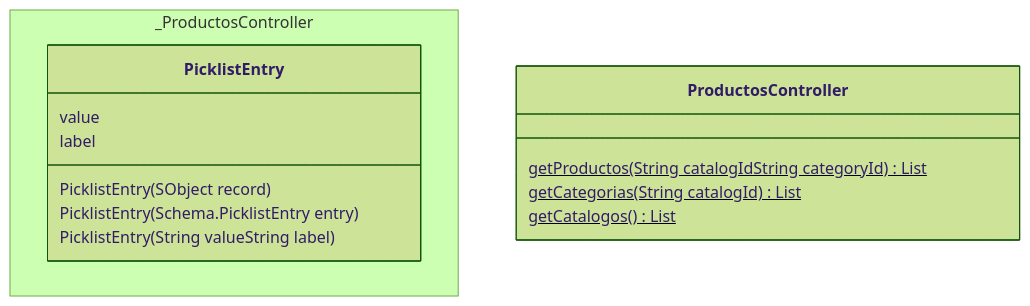
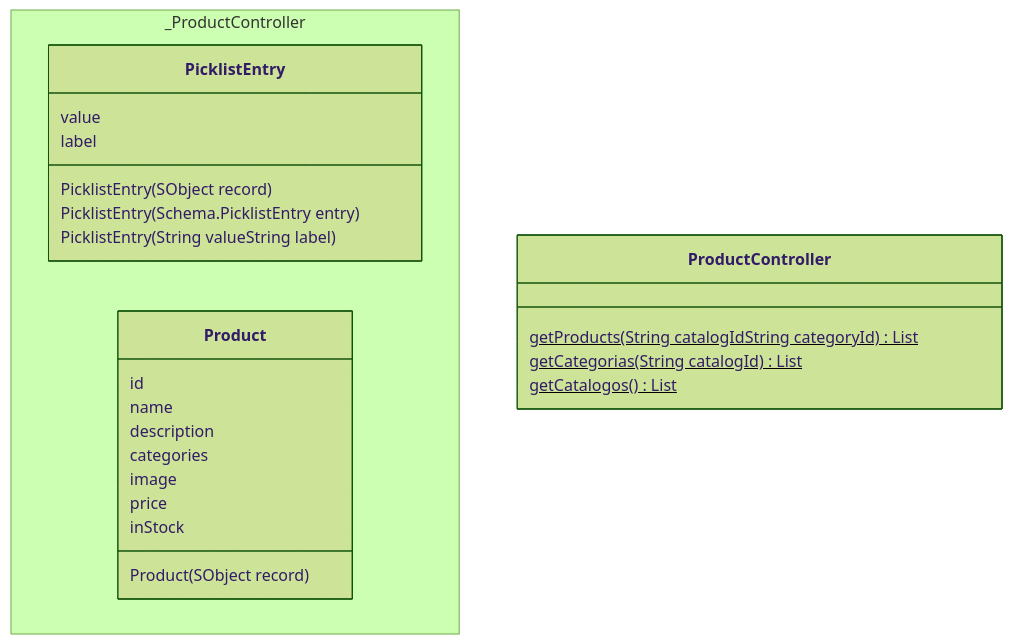
The second of 2 diagrams in docs/configuracion/intro.md (sebastianclaros/teatime), drawn with Mermaid (forest theme) before and after one commit. The commit also changed other lines of this file and 27 other files, not shown here.

````diff
--- a/docs/configuracion/intro.md
+++ b/docs/configuracion/intro.md
@@ -68,28 +75,44 @@
 ```mermaid
 classDiagram
 
 
     class PicklistEntry {
          value     
          label     
      PicklistEntry(SObject record)  
      PicklistEntry(Schema.PicklistEntry entry)  
      PicklistEntry(String valueString label)  
 
     }
 
     link PicklistEntry "./diccionarios/classes/PicklistEntry" 
 
 
-    class ProductosController {
-         getProductos(String catalogIdString categoryId) List $
+    class Product {
+         id     
+         name     
+         description     
+         categories     
+         image     
+         price     
+         inStock     
+     Product(SObject record)  
+
+    }
+
+    link Product "./diccionarios/classes/Product" 
+
+
+    class ProductController {
+         getProducts(String catalogIdString categoryId) List $
          getCategorias(String catalogId) List $
          getCatalogos() List $
 
     }
 
-    link ProductosController "./diccionarios/classes/ProductosController" 
- namespace _ProductosController {
+    link ProductController "./diccionarios/classes/ProductController" 
+ namespace _ProductController {
+    class Product 
     class PicklistEntry 
 }
 ```
````
